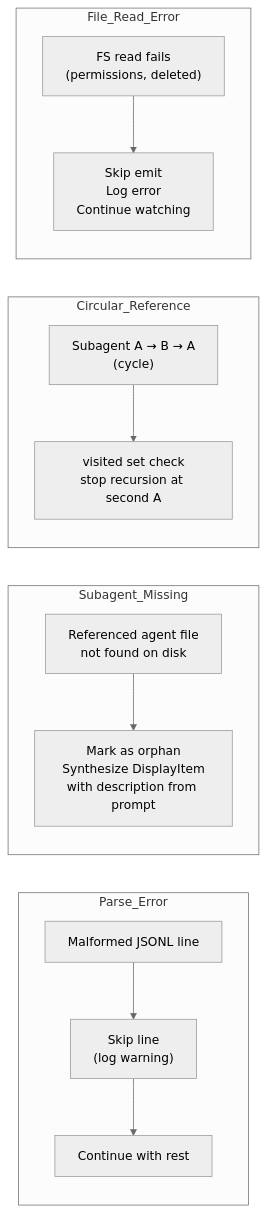
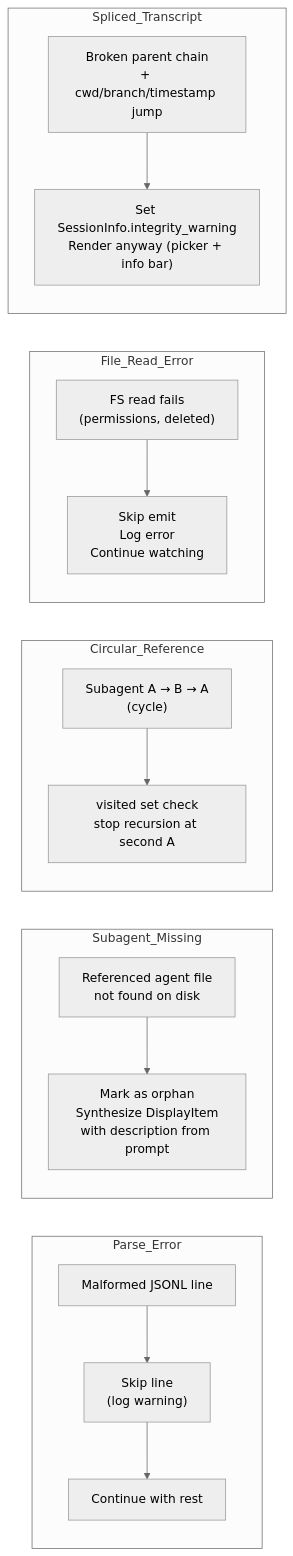
Before and after one commit to delexw/claude-code-trace: the tenth of 10 diagrams in specs/08-session-lifecycle.md, drawn with Mermaid (neutral theme). The commit also changed 10 other files, not shown here.

First line of the commit message:
fix(parser): flag spliced transcripts from pre-v2.1.251 session-id collisions (#280)

````diff
--- a/specs/08-session-lifecycle.md
+++ b/specs/08-session-lifecycle.md
@@ -325,23 +325,28 @@
 ```mermaid
 flowchart LR
     subgraph Parse_Error
         PE["Malformed JSONL line"]
         PE --> SKIP["Skip line\n(log warning)"]
         SKIP --> CONT["Continue with rest"]
     end
 
     subgraph Subagent_Missing
         SM["Referenced agent file\nnot found on disk"]
         SM --> ORPHAN["Mark as orphan\nSynthesize DisplayItem\nwith description from prompt"]
     end
 
     subgraph Circular_Reference
         CR["Subagent A → B → A\n(cycle)"]
         CR --> GUARD["visited set check\nstop recursion at second A"]
     end
 
     subgraph File_Read_Error
         FR["FS read fails\n(permissions, deleted)"]
         FR --> STOP["Skip emit\nLog error\nContinue watching"]
     end
+
+    subgraph Spliced_Transcript
+        ST["Broken parent chain\n+ cwd/branch/timestamp jump"]
+        ST --> WARN["Set SessionInfo.integrity_warning\nRender anyway (picker + info bar)"]
+    end
 ```
````
